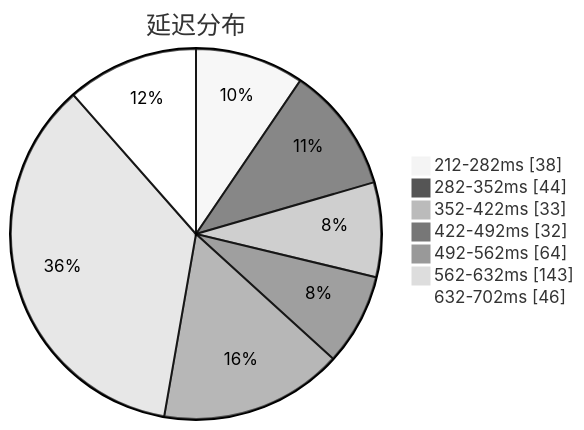
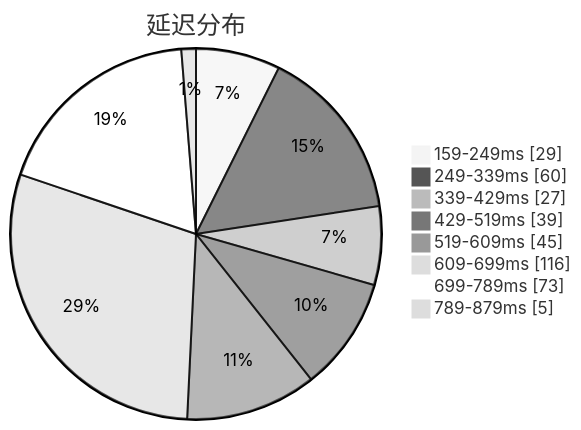
The first of 3 diagrams in subs/statistics/tested_within.md (qjlxg/airport), drawn with Mermaid (neutral theme) before and after one commit. The commit also changed other lines of this file and 2 other files, not shown here.

Commit message:
Tested by metaST

````diff
--- a/subs/statistics/tested_within.md
+++ b/subs/statistics/tested_within.md
@@ -2,11 +2,12 @@
 ```mermaid
 pie showData
 title 延迟分布
-"212-282ms" : 38
-"282-352ms" : 44
-"352-422ms" : 33
-"422-492ms" : 32
-"492-562ms" : 64
-"562-632ms" : 143
-"632-702ms" : 46
+"159-249ms" : 29
+"249-339ms" : 60
+"339-429ms" : 27
+"429-519ms" : 39
+"519-609ms" : 45
+"609-699ms" : 116
+"699-789ms" : 73
+"789-879ms" : 5
 ```
````
